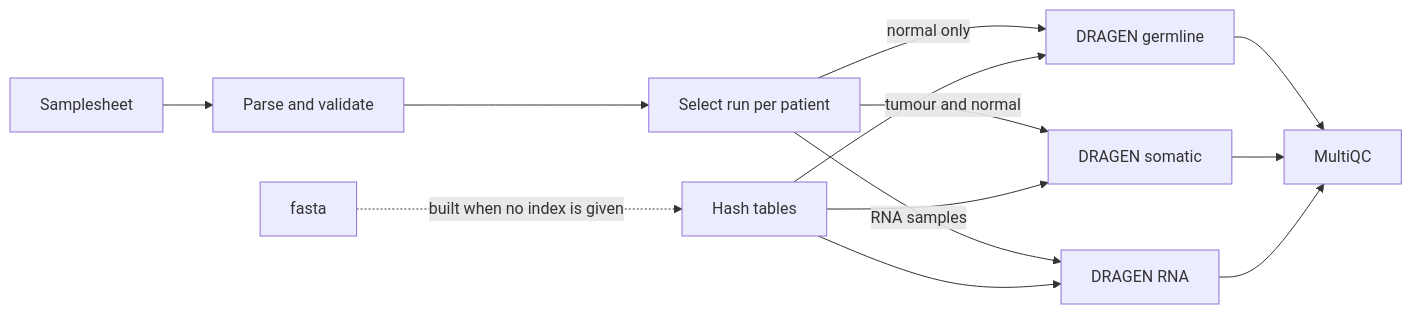
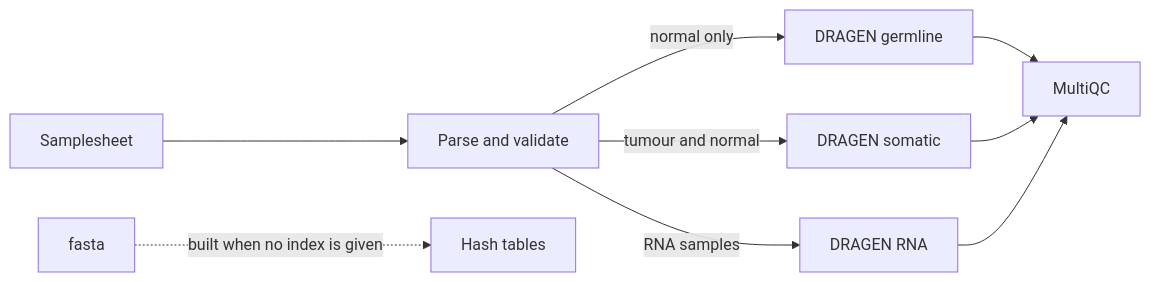
The diagram in README.md (seqeralabs/nf-dragen), drawn with Mermaid before and after one commit. The commit also changed other lines of this file and 1 other file, not shown here.

Commit message:
Rewrite usage DRAGEN args and resources sections, update README flowchart and libdragen warning

````diff
--- a/README.md
+++ b/README.md
@@ -19,15 +19,11 @@
 ```mermaid
 flowchart LR
     SS[Samplesheet] --> PS[Parse and validate]
-    PS --> SEL[Select run per patient]
     FA[fasta] -.->|built when no index is given| HT[Hash tables]
-    SEL -->|normal only| GER[DRAGEN germline]
-    SEL -->|tumour and normal| SOM[DRAGEN somatic]
-    SEL -->|RNA samples| RNA[DRAGEN RNA]
-    HT --> GER
-    HT --> SOM
-    HT --> RNA
+    PS -->|normal only| GER[DRAGEN germline]
+    PS -->|tumour and normal| SOM[DRAGEN somatic]
+    PS -->|RNA samples| RNA[DRAGEN RNA]
     GER --> MQ[MultiQC]
     SOM --> MQ
     RNA --> MQ
 ```
````
